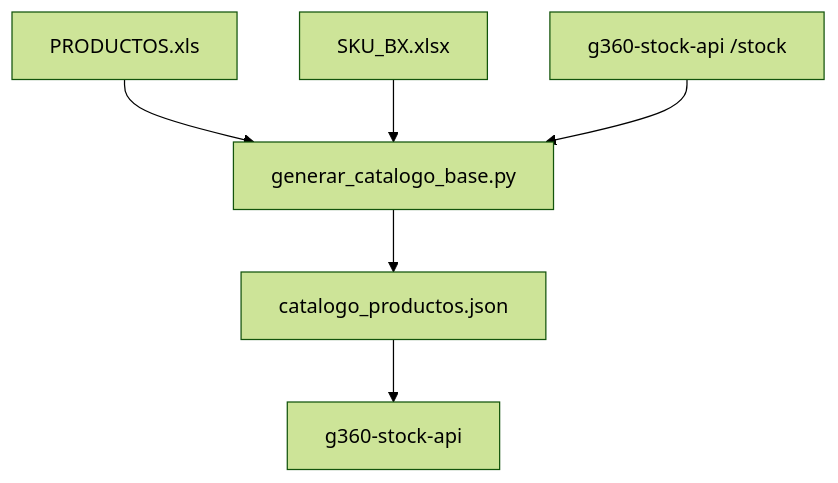
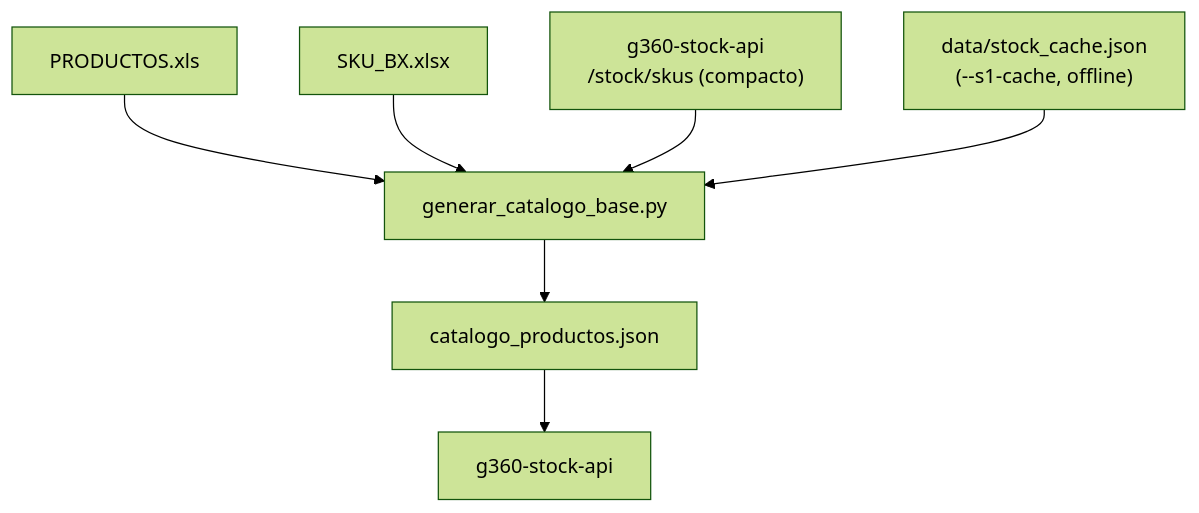
One commit to carloscus/g360-master-data changed the diagram in README.md. Above: the diagram before and after it, drawn with Mermaid (forest theme). The commit also changed other lines of this file and 11 other files, not shown here.

````diff
--- a/README.md
+++ b/README.md
@@ -10,8 +10,9 @@
 ```mermaid
 flowchart TD
     A[PRODUCTOS.xls] --> B[generar_catalogo_base.py]
     C[SKU_BX.xlsx] --> B
-    D[g360-stock-api /stock] --> B
+    D["g360-stock-api<br/>/stock/skus (compacto)"] --> B
+    S["data/stock_cache.json<br/>(--s1-cache, offline)"] --> B
     B --> E[catalogo_productos.json]
     E --> F[g360-stock-api]
 ```
````
